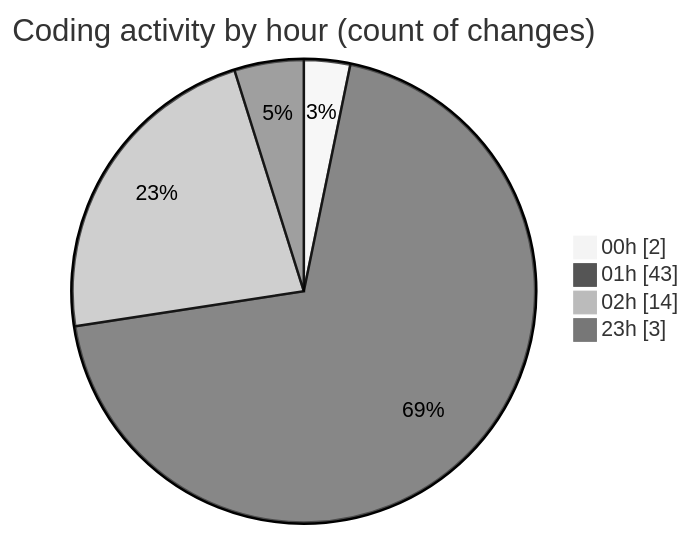
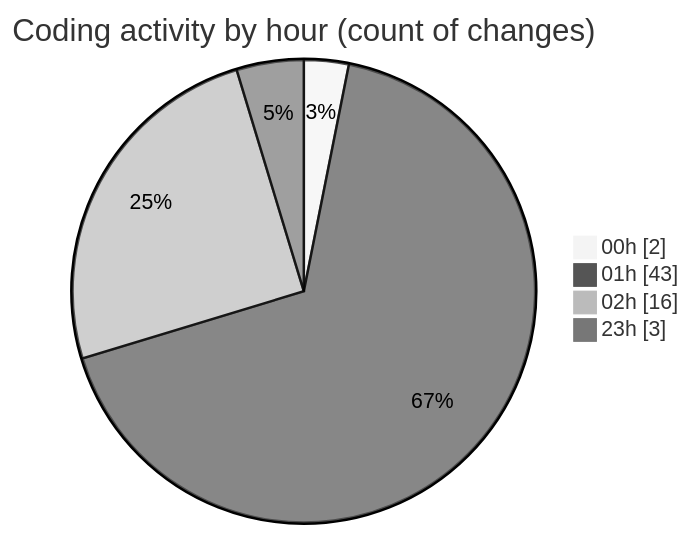
Before and after one commit to lephambinh05/code-tracking: the second of 2 diagrams in 2025-07-16/nhahang/README.md, drawn with Mermaid (neutral theme). The commit also changed other lines of this file and 1 other file, not shown here.

````diff
--- a/2025-07-16/nhahang/README.md
+++ b/2025-07-16/nhahang/README.md
@@ -55,8 +55,8 @@
 ```mermaid
 pie showData
 title Coding activity by hour (count of changes)
 "00h" : 2
 "01h" : 43
-"02h" : 14
+"02h" : 16
 "23h" : 3
 ```
````
